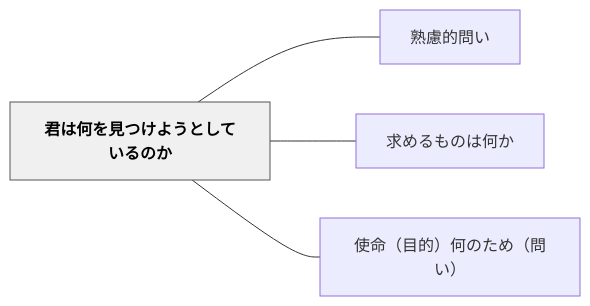
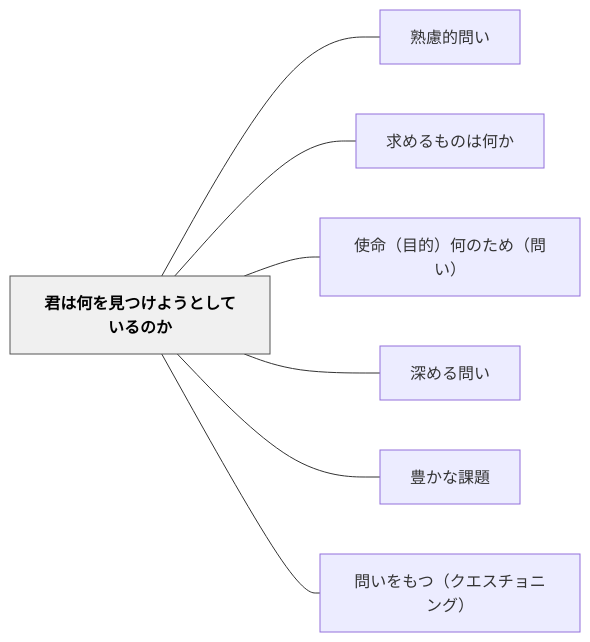
One commit to unknownthings-ed-patterns/unknownthings-ed-patterns changed the diagram in content/パタン/君は何を見つけようとしているのか.md. Above: the diagram before and after it, drawn with Mermaid. The commit also changed other lines of this file and 71 other files, not shown here.

````diff
--- a/content/パタン/君は何を見つけようとしているのか.md
+++ b/content/パタン/君は何を見つけようとしているのか.md
@@ -40,14 +43,20 @@
 ```mermaid
 flowchart LR
     ne5909be381afe4bd95e38292e8a68be381a4e38191e38288e38186e381a8e38197e381a6e38184e3828be381aee3818b["君は何を見つけようとしているのか"]
     ne7869fe685aee79a84e5958fe38184["熟慮的問い"]
     ne6b182e38281e3828be38282e381aee381afe4bd95e3818b["求めるものは何か"]
     ne4bdbfe591bdefbc88e79baee79a84efbc89e4bd95e381aee3819fe38281efbc88e5958fe38184efbc89["使命（目的）何のため（問い）"]
+    ne6b7b1e38281e3828be5958fe38184["深める問い"]
+    ne8b18ae3818be381aae8aab2e9a18c["豊かな課題"]
+    ne5958fe38184e38292e38282e381a4efbc88e382afe382a8e382b9e38381e383a7e3838be383b3e382b0efbc89["問いをもつ（クエスチョニング）"]
 
     ne5909be381afe4bd95e38292e8a68be381a4e38191e38288e38186e381a8e38197e381a6e38184e3828be381aee3818b --- ne7869fe685aee79a84e5958fe38184
     ne5909be381afe4bd95e38292e8a68be381a4e38191e38288e38186e381a8e38197e381a6e38184e3828be381aee3818b --- ne6b182e38281e3828be38282e381aee381afe4bd95e3818b
     ne5909be381afe4bd95e38292e8a68be381a4e38191e38288e38186e381a8e38197e381a6e38184e3828be381aee3818b --- ne4bdbfe591bdefbc88e79baee79a84efbc89e4bd95e381aee3819fe38281efbc88e5958fe38184efbc89
+    ne5909be381afe4bd95e38292e8a68be381a4e38191e38288e38186e381a8e38197e381a6e38184e3828be381aee3818b --- ne6b7b1e38281e3828be5958fe38184
+    ne5909be381afe4bd95e38292e8a68be381a4e38191e38288e38186e381a8e38197e381a6e38184e3828be381aee3818b --- ne8b18ae3818be381aae8aab2e9a18c
+    ne5909be381afe4bd95e38292e8a68be381a4e38191e38288e38186e381a8e38197e381a6e38184e3828be381aee3818b --- ne5958fe38184e38292e38282e381a4efbc88e382afe382a8e382b9e38381e383a7e3838be383b3e382b0efbc89
 
     classDef hub fill:#f0f0f0,stroke:#555,color:#000,font-weight:bold
     class ne5909be381afe4bd95e38292e8a68be381a4e38191e38288e38186e381a8e38197e381a6e38184e3828be381aee3818b hub
 ```
````
